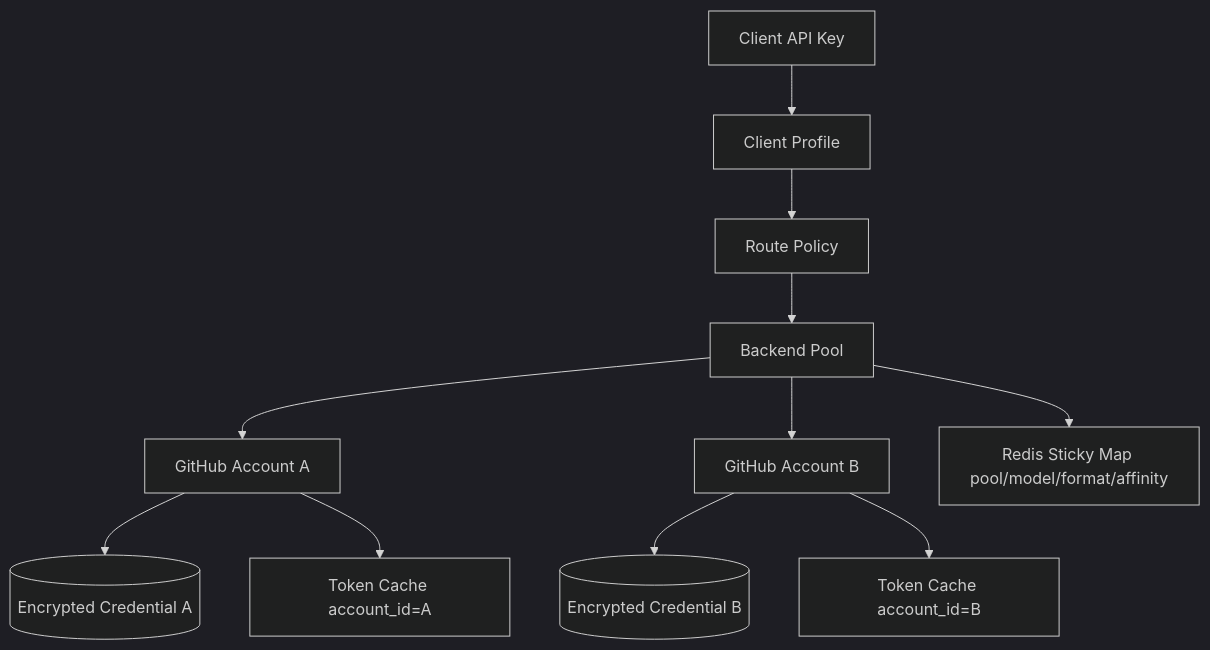
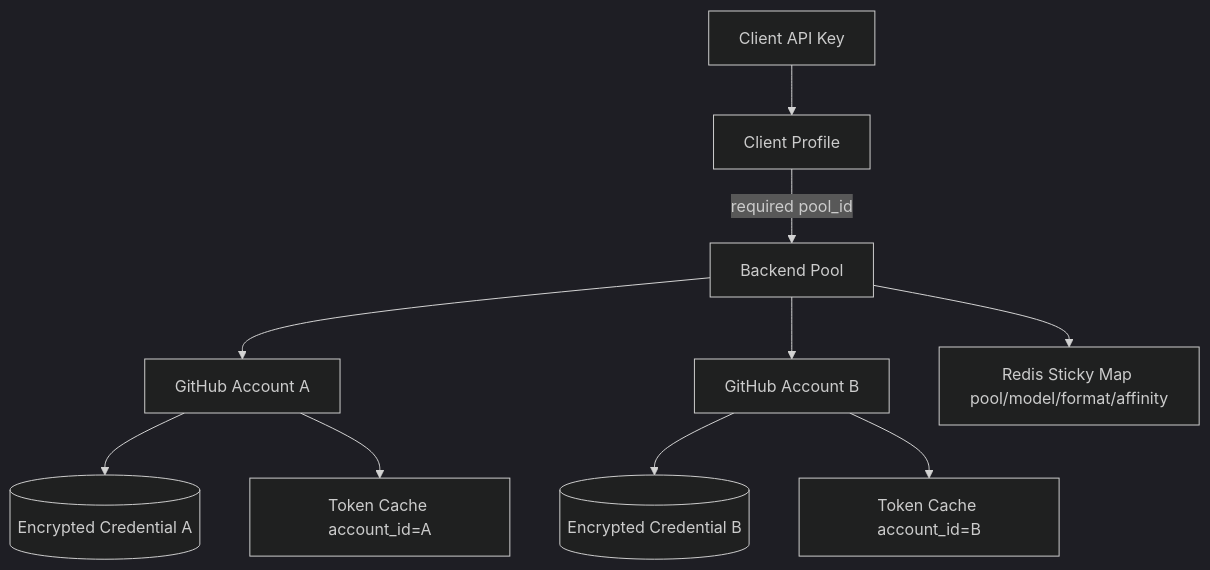
The second of 10 diagrams in docs/operations.en.md (pczhao1210/ghcp-pool-proxy), drawn with Mermaid (dark theme) before and after one commit. The commit also changed other lines of this file and 16 other files, not shown here.

````diff
--- a/docs/operations.en.md
+++ b/docs/operations.en.md
@@ -101,13 +101,12 @@
 ```mermaid
 flowchart TD
   Client["Client API Key"] --> Profile["Client Profile"]
-  Profile --> Policy["Route Policy"]
-  Policy --> Pool["Backend Pool"]
+  Profile -->|"required pool_id"| Pool["Backend Pool"]
   Pool --> AccountA["GitHub Account A"]
   Pool --> AccountB["GitHub Account B"]
   AccountA --> CredA[(Encrypted Credential A)]
   AccountB --> CredB[(Encrypted Credential B)]
   AccountA --> CacheA["Token Cache account_id=A"]
   AccountB --> CacheB["Token Cache account_id=B"]
   Pool --> Sticky["Redis Sticky Map pool/model/format/affinity"]
 ```
````
